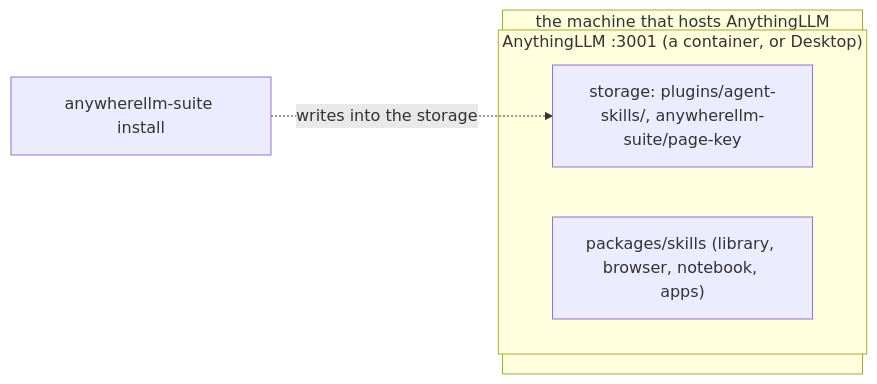
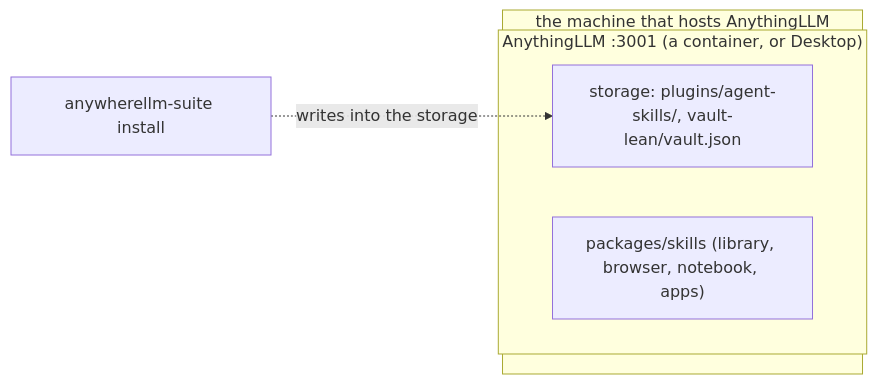
One commit to everything-llm/anywhere-llm-suite changed the diagram in docs/architecture.md. Above: the diagram before and after it, drawn with Mermaid. The commit also changed other lines of this file and 5 other files, not shown here.

First line of the commit message:
docs: keys from the Hub, the pages' key found or made, the vault's format

````diff
--- a/docs/architecture.md
+++ b/docs/architecture.md
@@ -3,10 +3,10 @@
 ```mermaid
 flowchart LR
     cli["anywherellm-suite install"] -. "writes into the storage" .-> storage
     subgraph host["the machine that hosts AnythingLLM"]
         subgraph allm["AnythingLLM :3001 (a container, or Desktop)"]
-            storage["storage: plugins/agent-skills/, anywherellm-suite/page-key"]
+            storage["storage: plugins/agent-skills/, vault-lean/vault.json"]
             skills["packages/skills (library, browser, notebook, apps)"]
         end
     end
 ```
````
